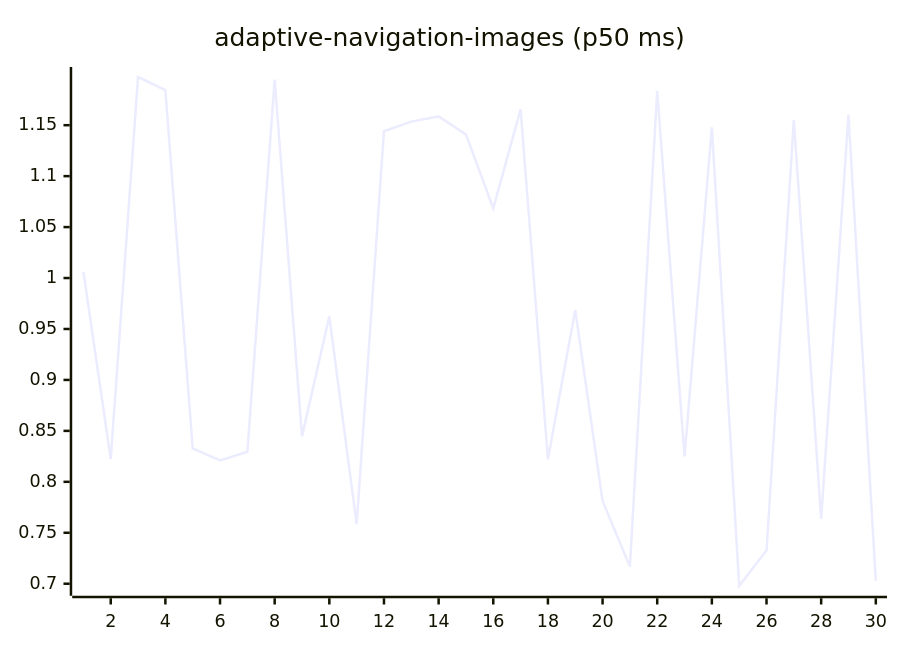
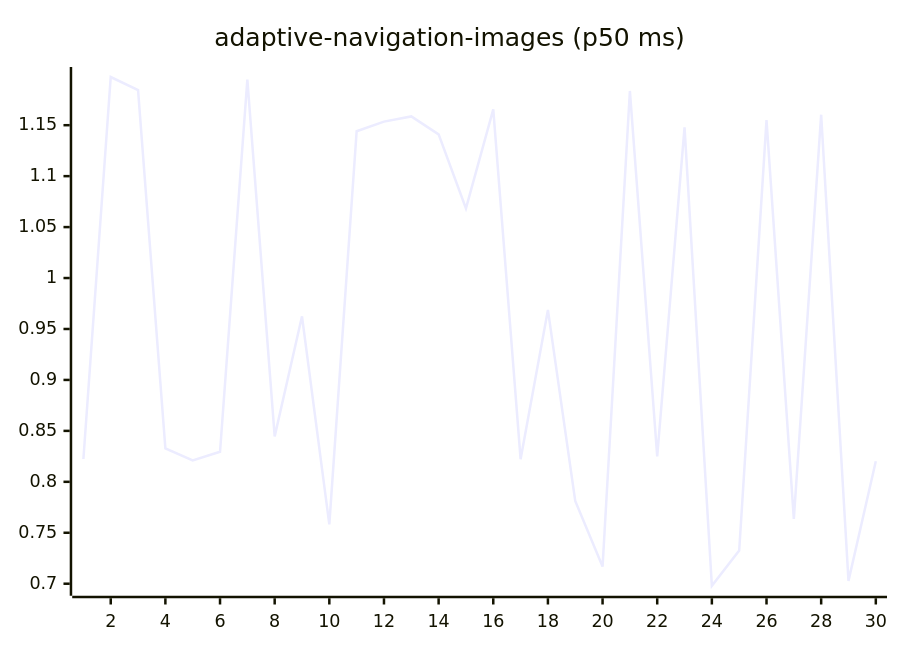
The first of 27 diagrams in README.md (josha/Facet), drawn with Mermaid before and after one commit. The commit also changed other lines of this file and 2 other files, not shown here.

````diff
--- a/README.md
+++ b/README.md
@@ -63,6 +63,6 @@
 ```mermaid
 xychart-beta
     title "adaptive-navigation-images (p50 ms)"
     x-axis 1 --> 30
-    line [1.0062, 0.8224, 1.1973, 1.1845, 0.8328, 0.8211, 0.8295, 1.1947, 0.8446, 0.9624, 0.7583, 1.1441, 1.1535, 1.1586, 1.1410, 1.0683, 1.1655, 0.8222, 0.9687, 0.7812, 0.7168, 1.1836, 0.8250, 1.1478, 0.6980, 0.7325, 1.1549, 0.7635, 1.1603, 0.7028]
+    line [0.8224, 1.1973, 1.1845, 0.8328, 0.8211, 0.8295, 1.1947, 0.8446, 0.9624, 0.7583, 1.1441, 1.1535, 1.1586, 1.1410, 1.0683, 1.1655, 0.8222, 0.9687, 0.7812, 0.7168, 1.1836, 0.8250, 1.1478, 0.6980, 0.7325, 1.1549, 0.7635, 1.1603, 0.7028, 0.8201]
 ```
````
